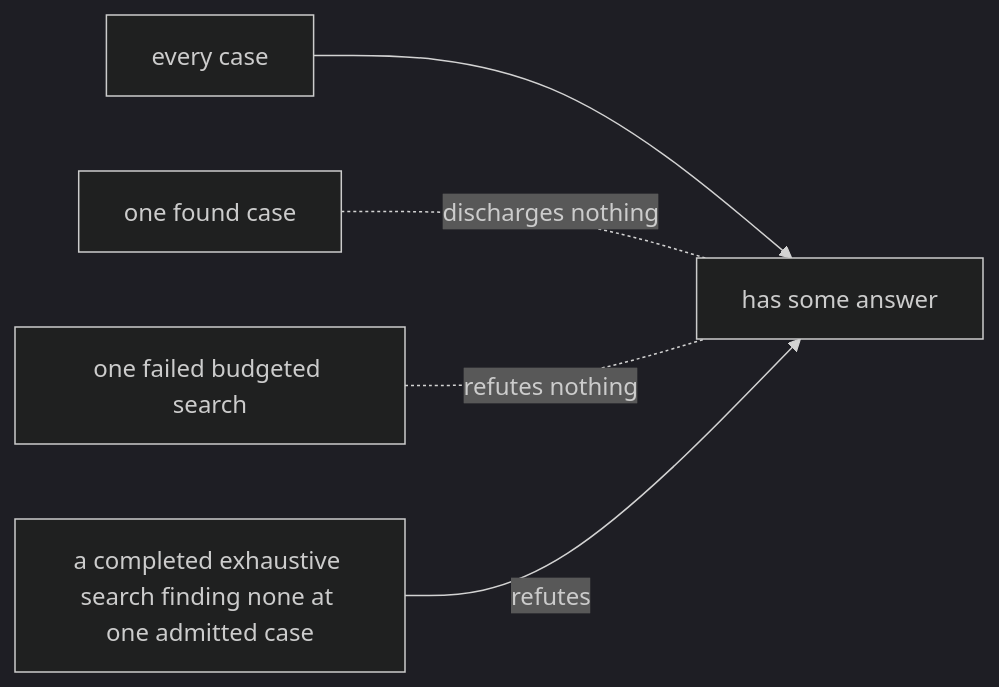
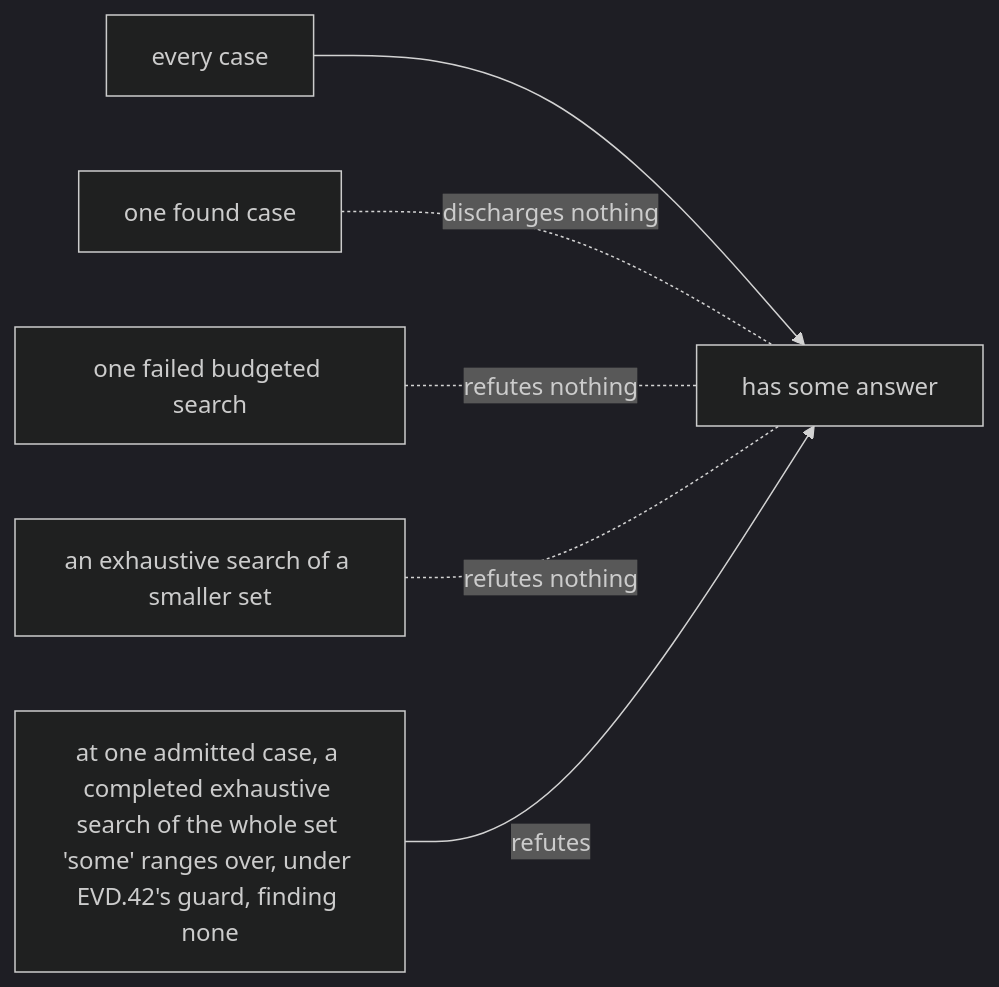
Before and after one commit to KonomiYuzu01/Magic-600-Cell: the diagram in docs/progress/1.0/glossary/diagrams/mixed-statement.mmd, drawn with Mermaid (dark theme). The commit also changed 11 other files, not shown here.

```diff
--- a/docs/progress/1.0/glossary/diagrams/mixed-statement.mmd
+++ b/docs/progress/1.0/glossary/diagrams/mixed-statement.mmd
@@ -1,5 +1,6 @@
 flowchart LR
   E[every case] --> S[has some answer]
   F[one found case] -. discharges nothing .- S
   X[one failed budgeted search] -. refutes nothing .- S
-  C[a completed exhaustive search finding none at one admitted case] -->|refutes| S
+  P[an exhaustive search of a smaller set] -. refutes nothing .- S
+  C["at one admitted case, a completed exhaustive search of the whole set 'some' ranges over, under EVD.42's guard, finding none"] -->|refutes| S
```
